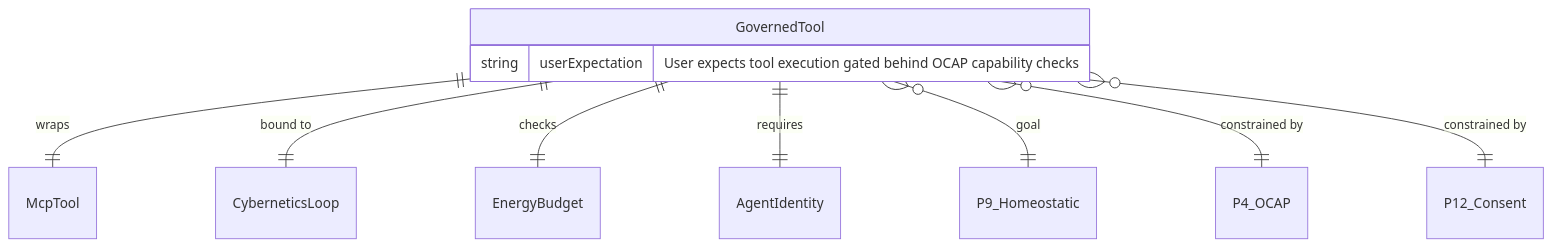
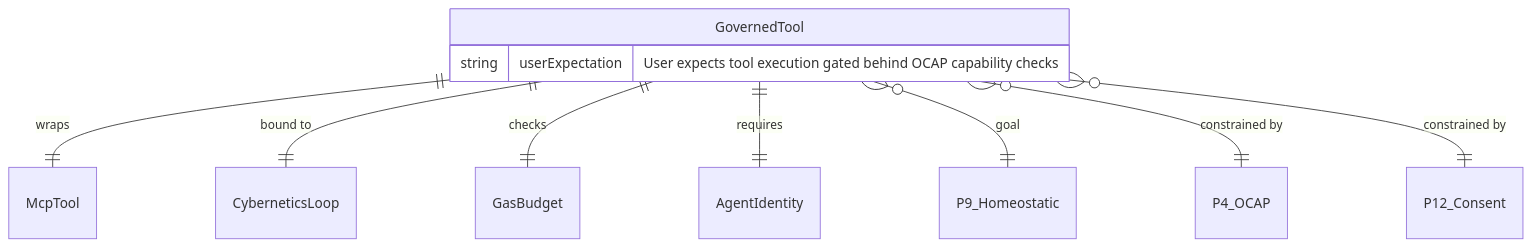
The sixth of 14 diagrams in docs/architecture/core/FUNCTIONAL_SPECIFICATION.md (mdz-axo/hKask), drawn with Mermaid before and after one commit. The commit also changed other lines of this file and 21 other files, not shown here.

Commit message:
Rename EnergyBudget to GasBudget across documentation

````diff
--- a/docs/architecture/core/FUNCTIONAL_SPECIFICATION.md
+++ b/docs/architecture/core/FUNCTIONAL_SPECIFICATION.md
@@ -470,13 +470,13 @@
 ```mermaid
 erDiagram
     GovernedTool ||--|| McpTool : "wraps"
     GovernedTool ||--|| CyberneticsLoop : "bound to"
-    GovernedTool ||--|| EnergyBudget : "checks"
+    GovernedTool ||--|| GasBudget : "checks"
     GovernedTool ||--|| AgentIdentity : "requires"
     GovernedTool }o--|| P9_Homeostatic : "goal"
     GovernedTool }o--|| P4_OCAP : "constrained by"
     GovernedTool }o--|| P12_Consent : "constrained by"
     GovernedTool {
         string userExpectation "User expects tool execution gated behind OCAP capability checks"
     }
 ```
````
